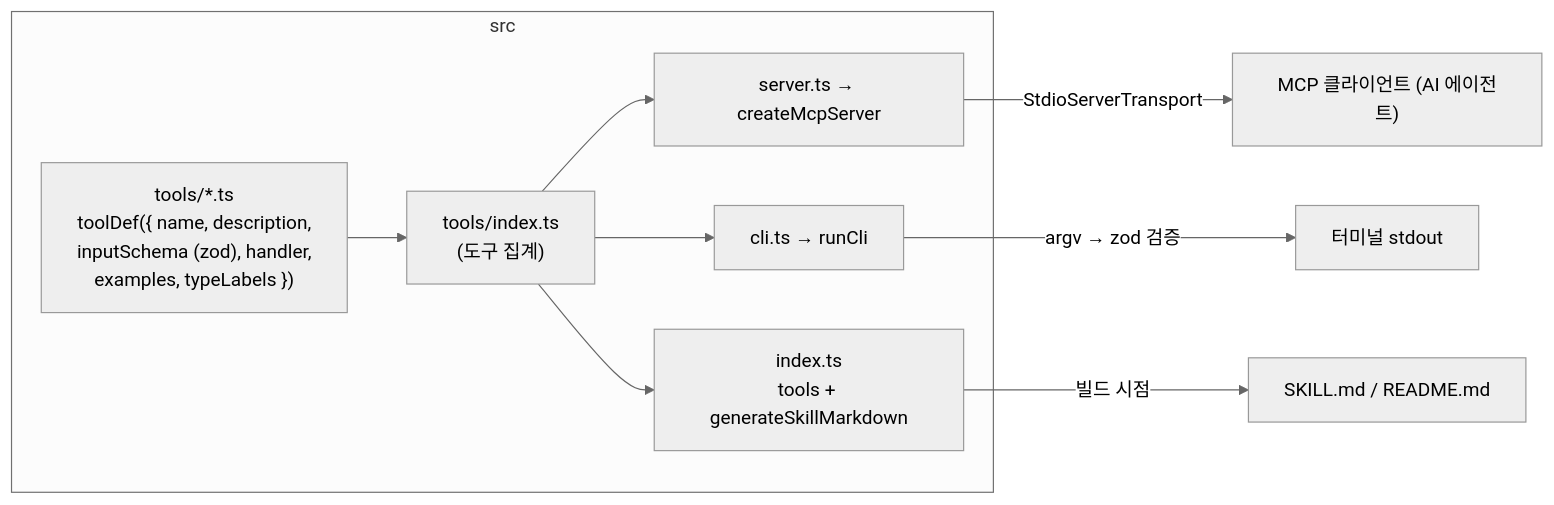
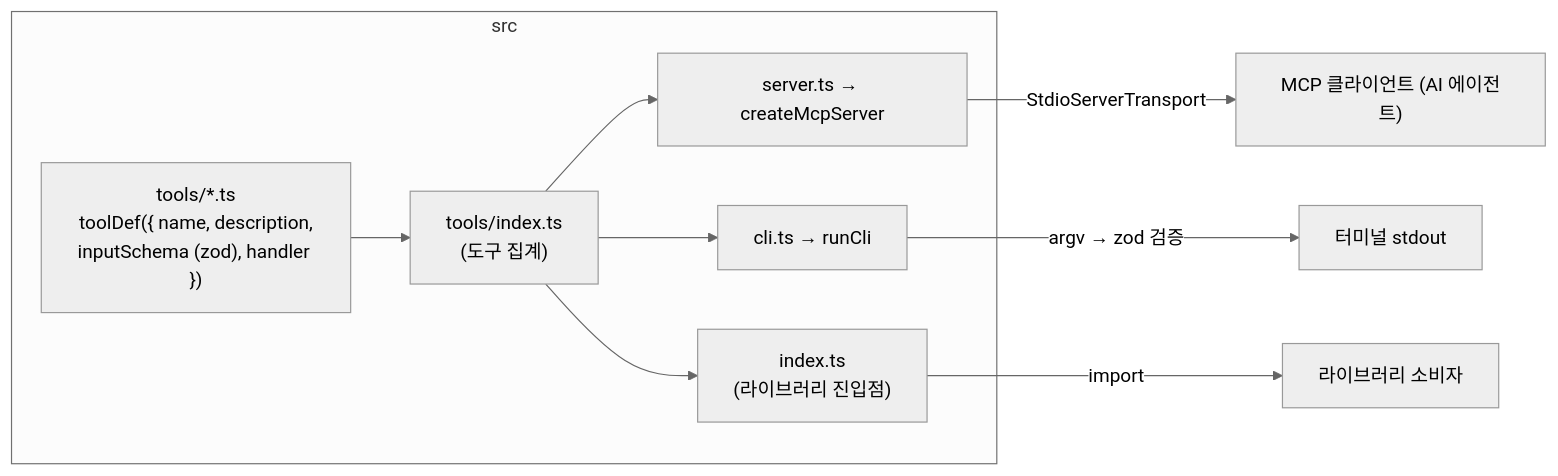
The second of 4 diagrams in docs/ko/03-architecture.md (jl917/mcp-kit), drawn with Mermaid (neutral theme) before and after one commit. The commit also changed other lines of this file and 43 other files, not shown here.

````diff
--- a/docs/ko/03-architecture.md
+++ b/docs/ko/03-architecture.md
@@ -190,19 +188,19 @@
 ```mermaid
 graph LR
     subgraph pkg["src"]
-        Tools["tools/*.ts<br/>toolDef({ name, description,<br/>inputSchema (zod), handler,<br/>examples, typeLabels })"]
+        Tools["tools/*.ts<br/>toolDef({ name, description,<br/>inputSchema (zod), handler })"]
         Idx["tools/index.ts<br/>(도구 집계)"]
         SrvE["server.ts → createMcpServer"]
         CliE["cli.ts → runCli"]
-        IndexE["index.ts<br/>tools + generateSkillMarkdown"]
+        IndexE["index.ts<br/>(라이브러리 진입점)"]
     end
 
     Tools --> Idx
     Idx --> SrvE
     Idx --> CliE
     Idx --> IndexE
 
     SrvE -->|StdioServerTransport| MCP["MCP 클라이언트 (AI 에이전트)"]
     CliE -->|"argv → zod 검증"| Term["터미널 stdout"]
-    IndexE -->|빌드 시점| Gen["SKILL.md / README.md"]
+    IndexE -->|import| Lib["라이브러리 소비자"]
 ```
````
